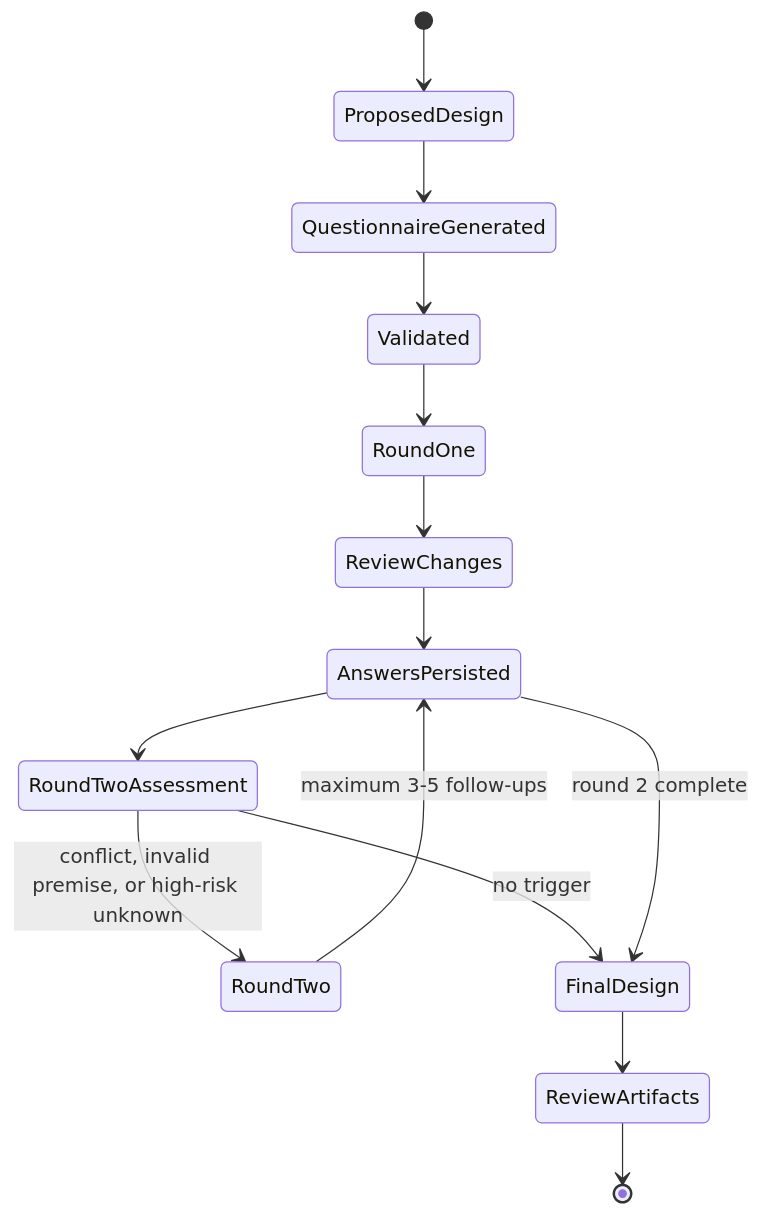
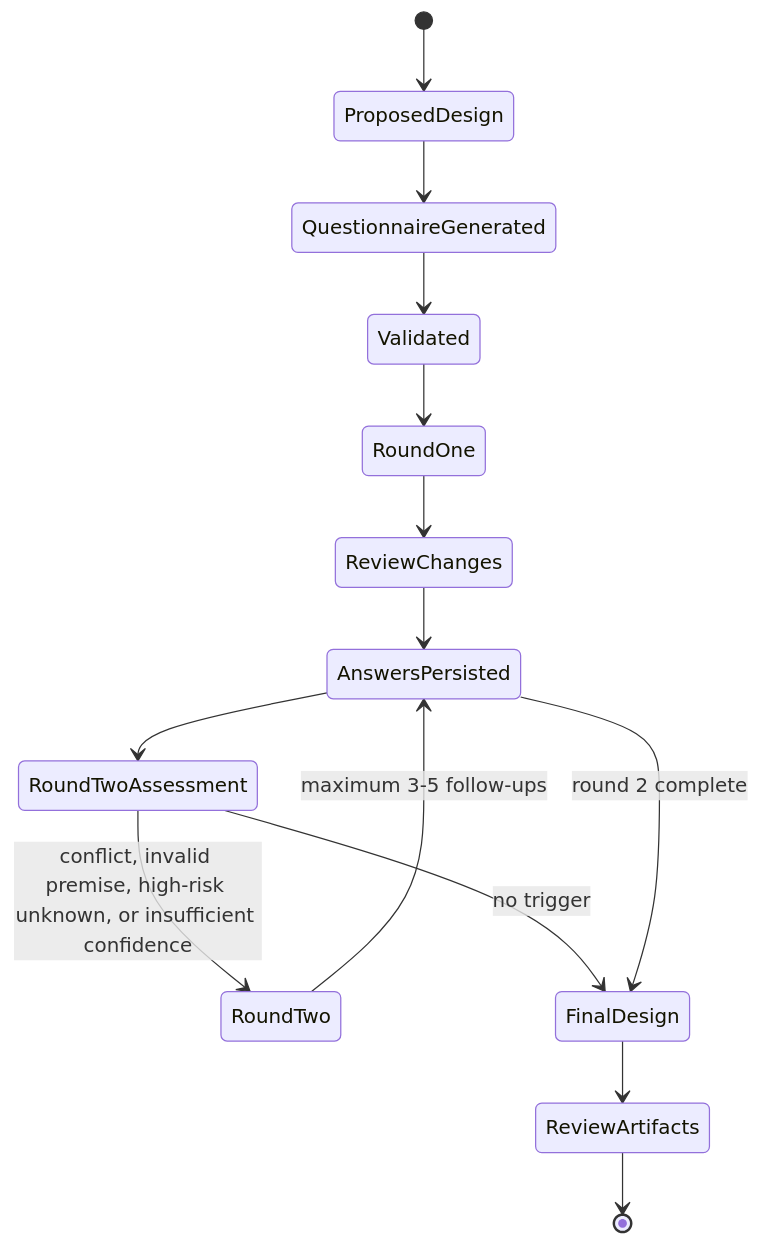
The diagram in DESIGN.md (rutonggaoya/QuickerGrillMe), drawn with Mermaid before and after one commit. The commit also changed other lines of this file and 9 other files, not shown here.

````diff
--- a/DESIGN.md
+++ b/DESIGN.md
@@ -27,16 +27,16 @@
 ```mermaid
 stateDiagram-v2
     [*] --> ProposedDesign
     ProposedDesign --> QuestionnaireGenerated
     QuestionnaireGenerated --> Validated
     Validated --> RoundOne
     RoundOne --> ReviewChanges
     ReviewChanges --> AnswersPersisted
     AnswersPersisted --> RoundTwoAssessment
-    RoundTwoAssessment --> RoundTwo: conflict, invalid premise, or high-risk unknown
+    RoundTwoAssessment --> RoundTwo: conflict, invalid premise, high-risk unknown, or insufficient confidence
     RoundTwoAssessment --> FinalDesign: no trigger
     RoundTwo --> AnswersPersisted: maximum 3-5 follow-ups
     AnswersPersisted --> FinalDesign: round 2 complete
     FinalDesign --> ReviewArtifacts
     ReviewArtifacts --> [*]
 ```
````
